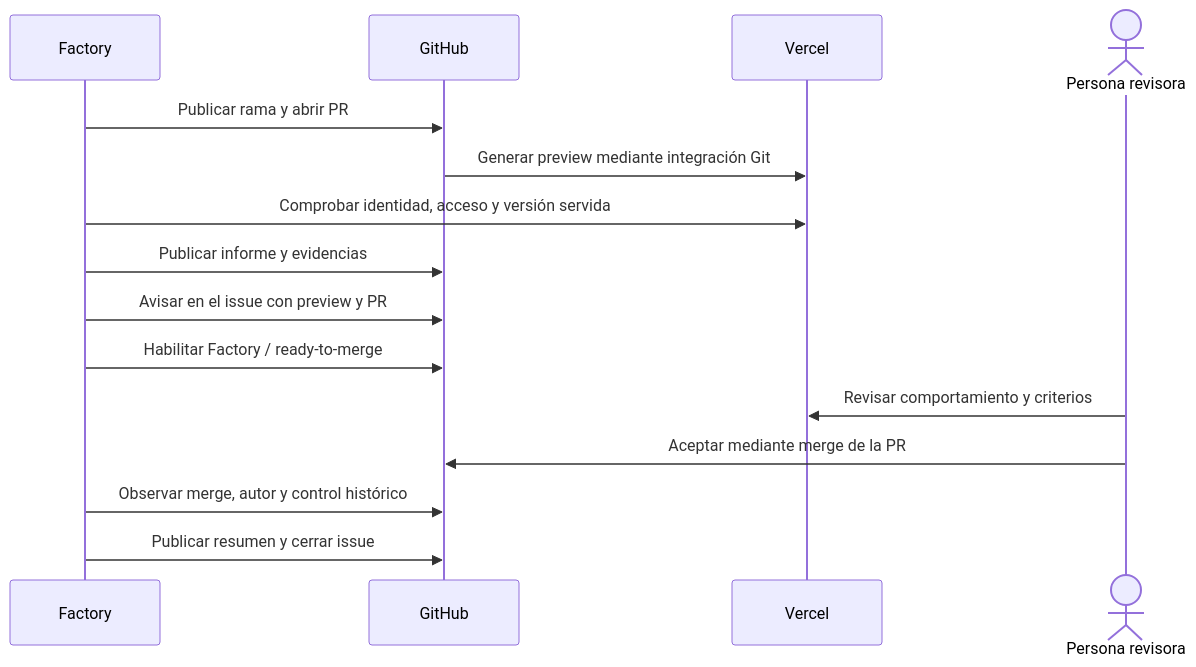
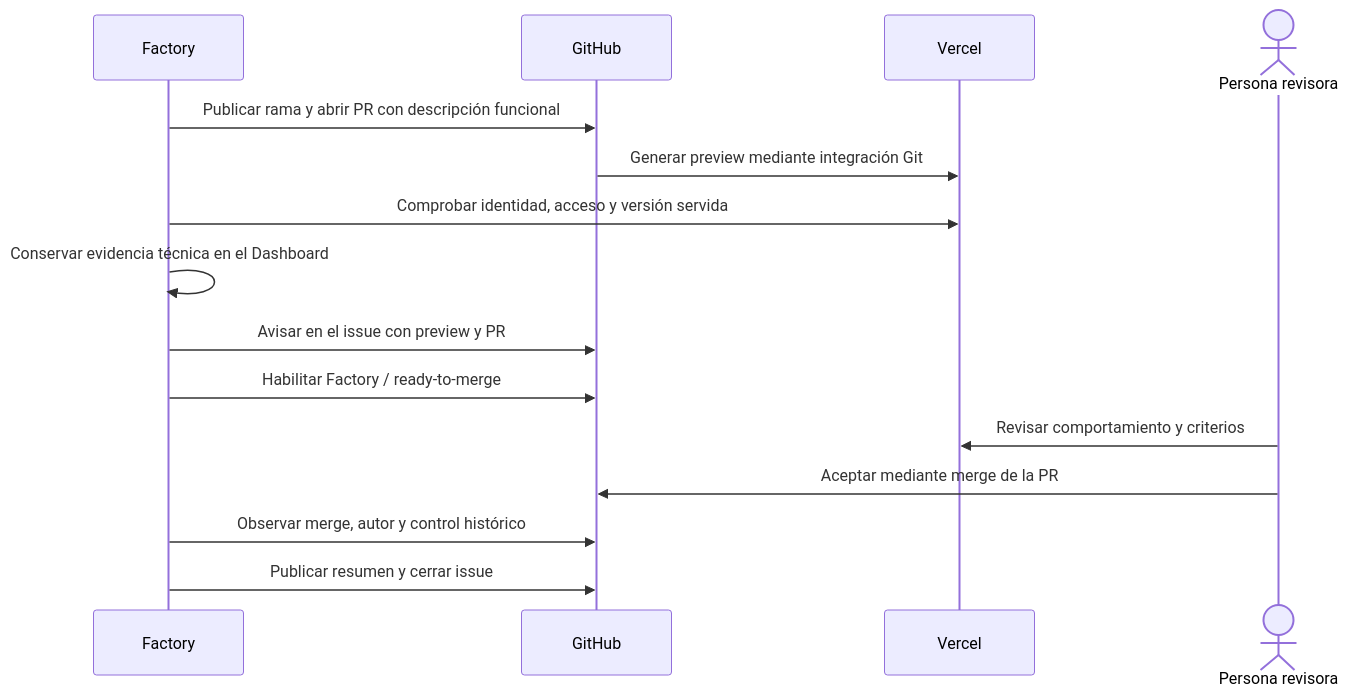
The second of 2 diagrams in docs/manual/03-verificacion-y-aceptacion.md (rubenbp/app-foundry), drawn with Mermaid before and after one commit. The commit also changed other lines of this file and 10 other files, not shown here.

````diff
--- a/docs/manual/03-verificacion-y-aceptacion.md
+++ b/docs/manual/03-verificacion-y-aceptacion.md
@@ -37,17 +37,17 @@
 ```mermaid
 sequenceDiagram
     participant F as Factory
     participant G as GitHub
     participant V as Vercel
     actor H as Persona revisora
-    F->>G: Publicar rama y abrir PR
+    F->>G: Publicar rama y abrir PR con descripción funcional
     G->>V: Generar preview mediante integración Git
     F->>V: Comprobar identidad, acceso y versión servida
-    F->>G: Publicar informe y evidencias
+    F->>F: Conservar evidencia técnica en el Dashboard
     F->>G: Avisar en el issue con preview y PR
     F->>G: Habilitar Factory / ready-to-merge
     H->>V: Revisar comportamiento y criterios
     H->>G: Aceptar mediante merge de la PR
     F->>G: Observar merge, autor y control histórico
     F->>G: Publicar resumen y cerrar issue
 ```
````
